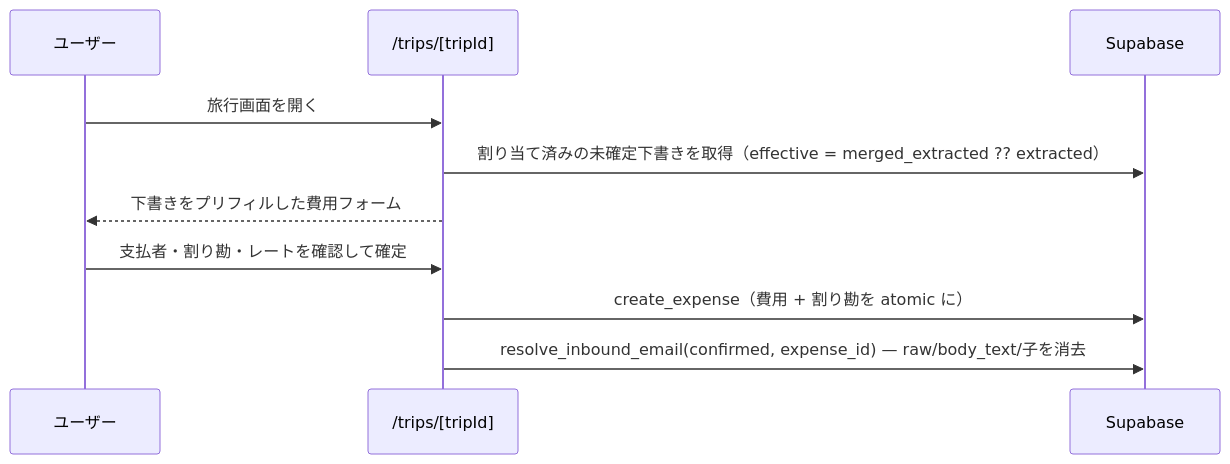
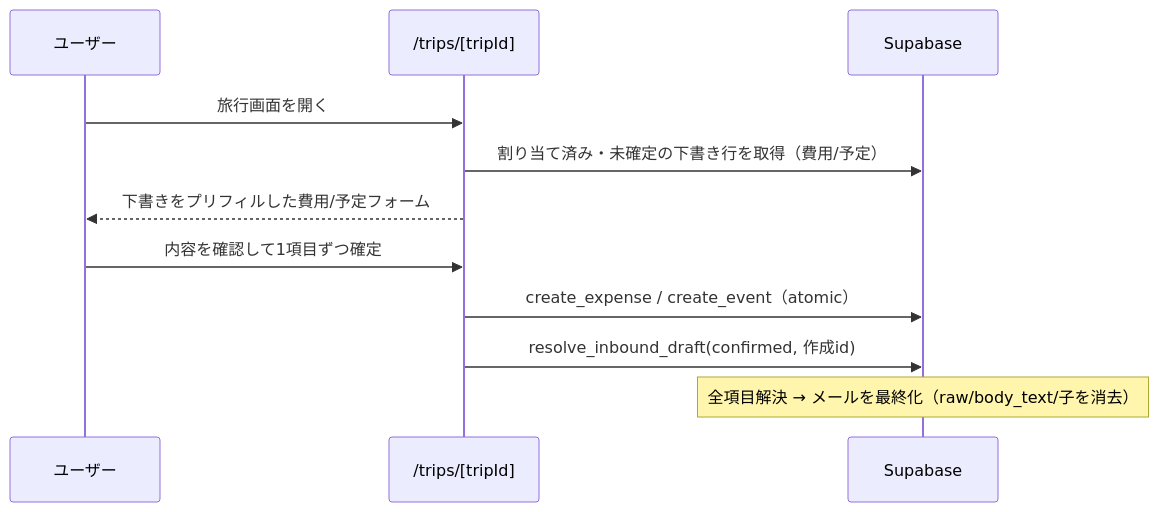
The third of 4 diagrams in docs/design/import-flow.md (shidetake/triplot), drawn with Mermaid before and after one commit. The commit also changed other lines of this file and 1 other file, not shown here.

First line of the commit message:
import-flow設計書とBACKLOGを予定取り込み対応に更新

````diff
--- a/docs/design/import-flow.md
+++ b/docs/design/import-flow.md
@@ -123,13 +144,14 @@
 ```mermaid
 sequenceDiagram
   participant U as ユーザー
   participant Trip as /trips/[tripId]
   participant DB as Supabase
 
   U->>Trip: 旅行画面を開く
-  Trip->>DB: 割り当て済みの未確定下書きを取得（effective = merged_extracted ?? extracted）
-  Trip-->>U: 下書きをプリフィルした費用フォーム
-  U->>Trip: 支払者・割り勘・レートを確認して確定
-  Trip->>DB: create_expense（費用 + 割り勘を atomic に）
-  Trip->>DB: resolve_inbound_email(confirmed, expense_id) — raw/body_text/子を消去
+  Trip->>DB: 割り当て済み・未確定の下書き行を取得（費用/予定）
+  Trip-->>U: 下書きをプリフィルした費用/予定フォーム
+  U->>Trip: 内容を確認して1項目ずつ確定
+  Trip->>DB: create_expense / create_event（atomic）
+  Trip->>DB: resolve_inbound_draft(confirmed, 作成id)
+  Note over DB: 全項目解決 → メールを最終化（raw/body_text/子を消去）
 ```
````
